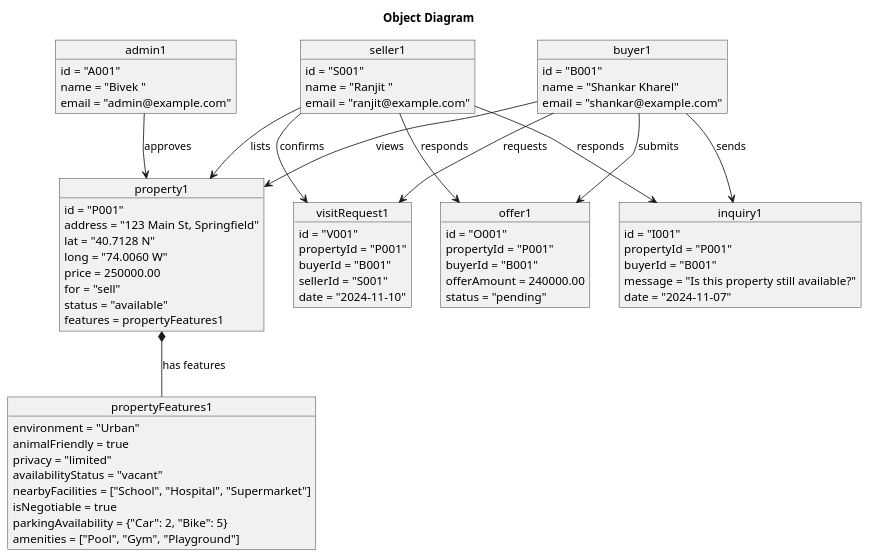
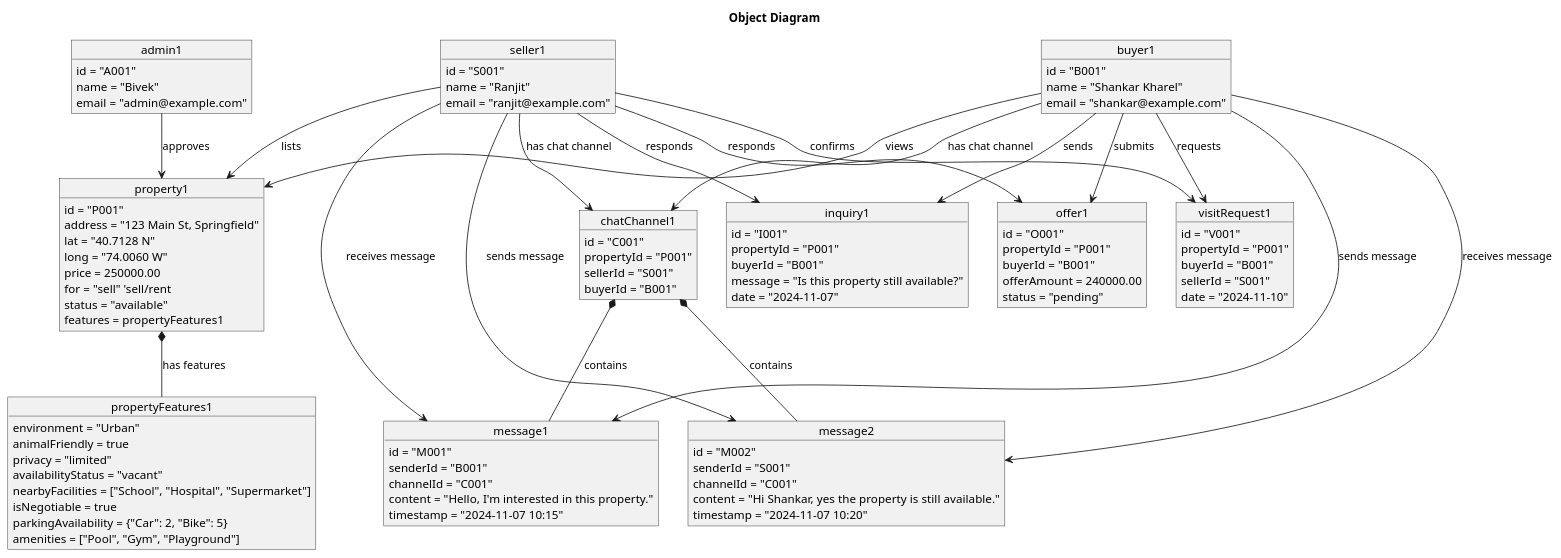
One commit to shankarkharel/Realestate-elaboration changed the diagram in Object/ObjectDiagram.puml. Above: the diagram before and after it, drawn with PlantUML. The commit also changed 4 other files, not shown here.

```diff
--- a/Object/ObjectDiagram.puml
+++ b/Object/ObjectDiagram.puml
@@ -1,84 +1,116 @@
 @startuml RealEstateApplicationObjectDiagram
-title Object Diagram
+title Object Diagram 
+
 
 ' Define instances for main classes
 object buyer1 {
     id = "B001"
     name = "Shankar Kharel"
     email = "shankar@example.com"
 }
 
 object seller1 {
     id = "S001"
-    name = "Ranjit "
+    name = "Ranjit"
     email = "ranjit@example.com"
 }
 
 object admin1 {
     id = "A001"
-    name = "Bivek "
+    name = "Bivek"
     email = "admin@example.com"
 }
 
 object property1 {
     id = "P001"
     address = "123 Main St, Springfield"
     lat = "40.7128 N"
     long = "74.0060 W"
     price = 250000.00
-    for = "sell"
+    for = "sell" 'sell/rent
     status = "available"
     features = propertyFeatures1
 }
 
 object propertyFeatures1 {
     environment = "Urban"
     animalFriendly = true
     privacy = "limited"
     availabilityStatus = "vacant"
     nearbyFacilities = ["School", "Hospital", "Supermarket"]
     isNegotiable = true
     parkingAvailability = {"Car": 2, "Bike": 5}
     amenities = ["Pool", "Gym", "Playground"]
 }
 
 object inquiry1 {
     id = "I001"
     propertyId = "P001"
     buyerId = "B001"
     message = "Is this property still available?"
     date = "2024-11-07"
 }
 
 object offer1 {
     id = "O001"
     propertyId = "P001"
     buyerId = "B001"
     offerAmount = 240000.00
     status = "pending"
 }
 
 object visitRequest1 {
     id = "V001"
     propertyId = "P001"
     buyerId = "B001"
     sellerId = "S001"
     date = "2024-11-10"
 }
 
+object chatChannel1 {
+    id = "C001"
+    propertyId = "P001"
+    sellerId = "S001"
+    buyerId = "B001"
+}
+
+object message1 {
+    id = "M001"
+    senderId = "B001"
+    channelId = "C001"
+    content = "Hello, I'm interested in this property."
+    timestamp = "2024-11-07 10:15"
+}
+
+object message2 {
+    id = "M002"
+    senderId = "S001"
+    channelId = "C001"
+    content = "Hi Shankar, yes the property is still available."
+    timestamp = "2024-11-07 10:20"
+}
+
 ' Relationships
 buyer1 --> property1 : "views"
 buyer1 --> inquiry1 : "sends"
 buyer1 --> offer1 : "submits"
 buyer1 --> visitRequest1 : "requests"
+buyer1 --> chatChannel1 : "has chat channel"
+buyer1 --> message1 : "sends message"
+buyer1 --> message2 : "receives message"
 
 seller1 --> property1 : "lists"
 seller1 --> inquiry1 : "responds"
 seller1 --> offer1 : "responds"
 seller1 --> visitRequest1 : "confirms"
+seller1 --> chatChannel1 : "has chat channel"
+seller1 --> message1 : "receives message"
+seller1 --> message2 : "sends message"
 
 admin1 --> property1 : "approves"
 
 property1 *-- propertyFeatures1 : "has features"
+chatChannel1 *-- message1 : "contains"
+chatChannel1 *-- message2 : "contains"
 
 @enduml
```
